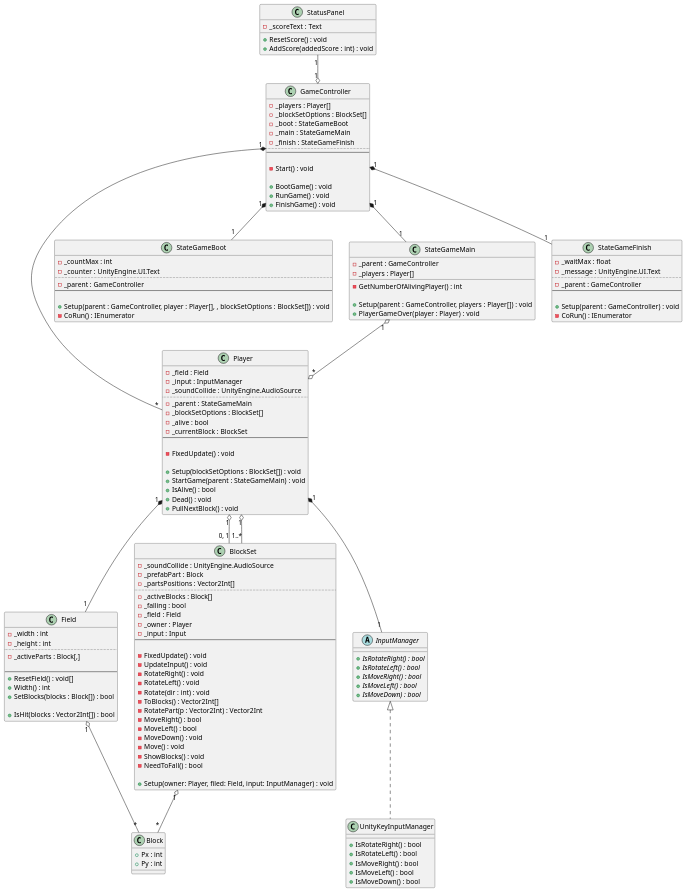
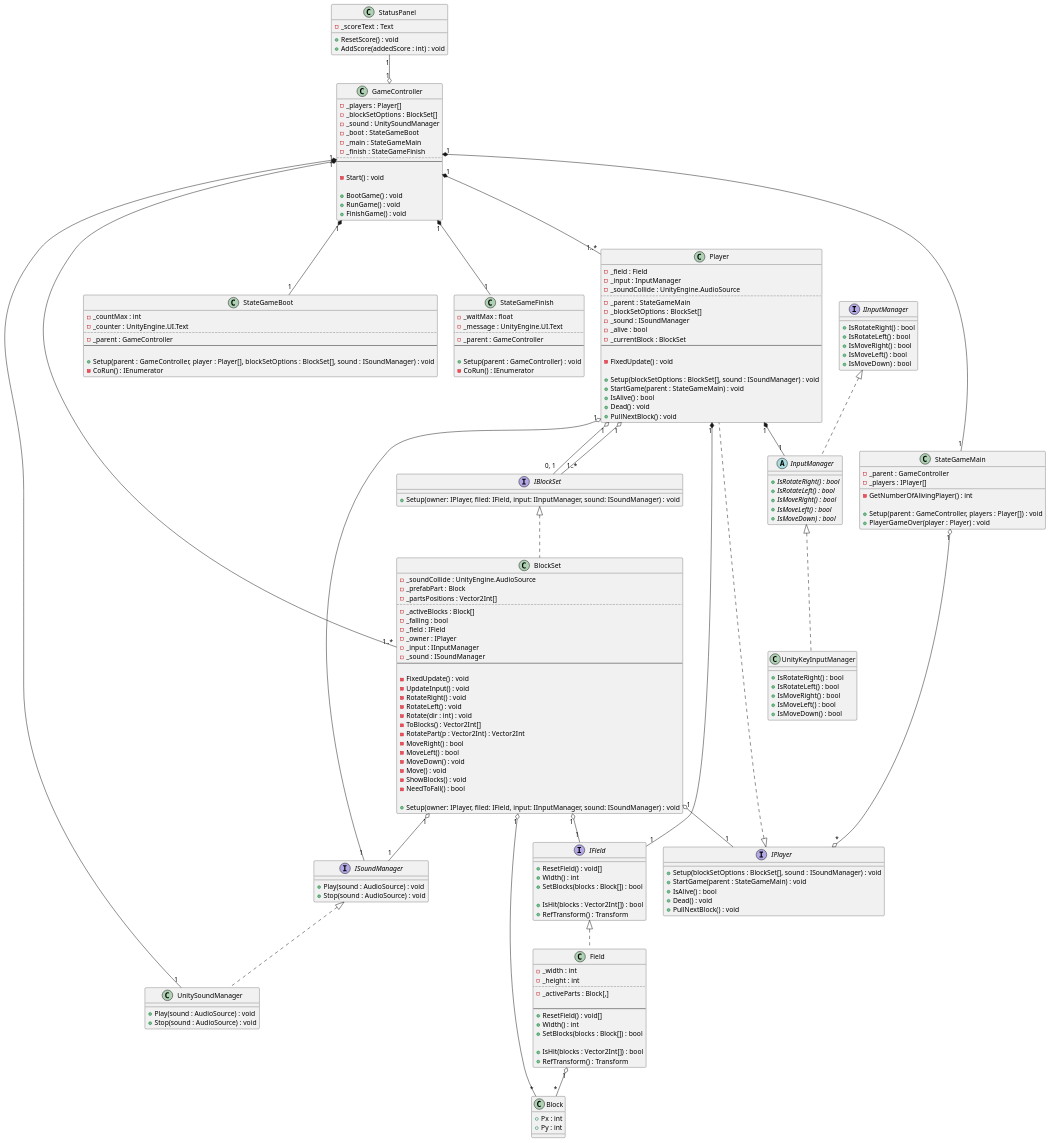
The diagram in Documents/PlantUML/CD_Main.pu (azarashin/UnityTetris), drawn with PlantUML before and after one commit. The commit also changed 31 other files, not shown here.

Commit message:
BlockSet に必要なテスト用スタブ・インターフェース群を追加。これに合わせてリファクタリング。

```diff
--- a/Documents/PlantUML/CD_Main.pu
+++ b/Documents/PlantUML/CD_Main.pu
@@ -7,6 +7,17 @@
 }
 
 ' フィールドの状態を管理する
+interface IField
+{
+    + ResetField() : void[]
+    + Width() : int
+    ' @return ブロックが積みあがってしまったらtrue, そうでなければfalse を返す
+    + SetBlocks(blocks : Block[]) : bool
+
+    + IsHit(blocks : Vector2Int[]) : bool
+    + RefTransform() : Transform
+}
+
 class Field
 {
     - _width : int
@@ -21,6 +32,7 @@
     + SetBlocks(blocks : Block[]) : bool
 
     + IsHit(blocks : Vector2Int[]) : bool
+    + RefTransform() : Transform
 }
 
 ' ゲームの進行を管理する
@@ -28,6 +40,7 @@
 {
     - _players : Player[]
     - _blockSetOptions : BlockSet[]
+    - _sound : UnitySoundManager
     - _boot : StateGameBoot
     - _main : StateGameMain
     - _finish : StateGameFinish
@@ -41,6 +54,16 @@
     + FinishGame() : void
 }
 
+interface IPlayer
+{
+    + Setup(blockSetOptions : BlockSet[], sound : ISoundManager) : void
+    + StartGame(parent : StateGameMain) : void
+    + IsAlive() : bool
+    + Dead() : void
+    + PullNextBlock() : void
+}
+
+
 class Player
 {
     - _field : Field
@@ -49,13 +72,14 @@
     ..
     - _parent : StateGameMain
     - _blockSetOptions : BlockSet[]
+    - _sound : ISoundManager
     - _alive : bool
     - _currentBlock : BlockSet
     --
 
     - FixedUpdate() : void
 
-    + Setup(blockSetOptions : BlockSet[]) : void
+    + Setup(blockSetOptions : BlockSet[], sound : ISoundManager) : void
     + StartGame(parent : StateGameMain) : void
     + IsAlive() : bool
     + Dead() : void
@@ -70,14 +94,14 @@
     - _parent : GameController
     --
 
-    + Setup(parent : GameController, player : Player[], , blockSetOptions : BlockSet[]) : void
+    + Setup(parent : GameController, player : Player[], blockSetOptions : BlockSet[], sound : ISoundManager) : void
     - CoRun() : IEnumerator
 }
 
 class StateGameMain
 {
     - _parent : GameController
-    - _players : Player[]
+    - _players : IPlayer[]
 
     - GetNumberOfAlivingPlayer() : int
 
@@ -95,6 +119,15 @@
 
     + Setup(parent : GameController) : void
     - CoRun() : IEnumerator
+}
+
+interface IInputManager
+{
+    + IsRotateRight() : bool
+    + IsRotateLeft() : bool
+    + IsMoveRight() : bool
+    + IsMoveLeft() : bool
+    + IsMoveDown) : bool
 }
 
 abstract class InputManager
@@ -115,6 +148,11 @@
     + IsMoveDown() : bool
 }
 
+interface IBlockSet
+{
+    + Setup(owner: IPlayer, filed: IField, input: IInputManager, sound: ISoundManager) : void
+}
+
 ' ブロックの状態を管理する
 class BlockSet
 {
@@ -124,9 +162,10 @@
     ..
     - _activeBlocks : Block[]
     - _falling : bool
-    - _field : Field
-    - _owner : Player
-    - _input : Input
+    - _field : IField
+    - _owner : IPlayer
+    - _input : IInputManager
+    - _sound : ISoundManager
     --
 
     - FixedUpdate() : void
@@ -145,9 +184,20 @@
     - ShowBlocks() : void
     - NeedToFall() : bool
 
-    + Setup(owner: Player, filed: Field, input: InputManager) : void
+    + Setup(owner: IPlayer, filed: IField, input: IInputManager, sound: ISoundManager) : void
 }
 
+interface ISoundManager
+{
+    + Play(sound : AudioSource) : void
+    + Stop(sound : AudioSource) : void
+}
+
+class UnitySoundManager
+{
+    + Play(sound : AudioSource) : void
+    + Stop(sound : AudioSource) : void
+}
 
 class StatusPanel
 {
@@ -157,24 +207,34 @@
     + AddScore(addedScore : int) : void
 }
 
-Player "1" *-- "1" Field
-Player "1" o-- "0, 1" BlockSet
-Player "1" o-- "1..*" BlockSet
+Player "1" *-- "1" IField
+Player "1" o-- "0, 1" IBlockSet
+Player "1" o-- "1..*" IBlockSet
 Player "1" *-- "1" InputManager
+Player "1" o-- "1" ISoundManager
 
-GameController "1" *-- "*" Player
+GameController "1" *-- "1..*" Player
+GameController "1" *-- "1..*" BlockSet
 GameController "1" *-- "1" StateGameBoot
 GameController "1" *-- "1" StateGameMain
 GameController "1" *-- "1" StateGameFinish
+GameController "1" *-- "1" UnitySoundManager
 
-StateGameMain "1" o--o "*" Player
+StateGameMain "1" o--o "*" IPlayer
 
 StatusPanel "1" --o "1" GameController
 
+IInputManager <|.. InputManager
 InputManager <|.. UnityKeyInputManager
+ISoundManager <|.. UnitySoundManager
+IBlockSet <|.. BlockSet
+IField <|.. Field
+IPlayer <|.. Player
 
 Field "1" o-- "*" Block
 BlockSet "1" o-- "*" Block
-
+BlockSet "1" o-- "1" ISoundManager
+BlockSet "1" o-- "1" IPlayer
+BlockSet "1" o-- "1" IField
 
 @enduml
```
